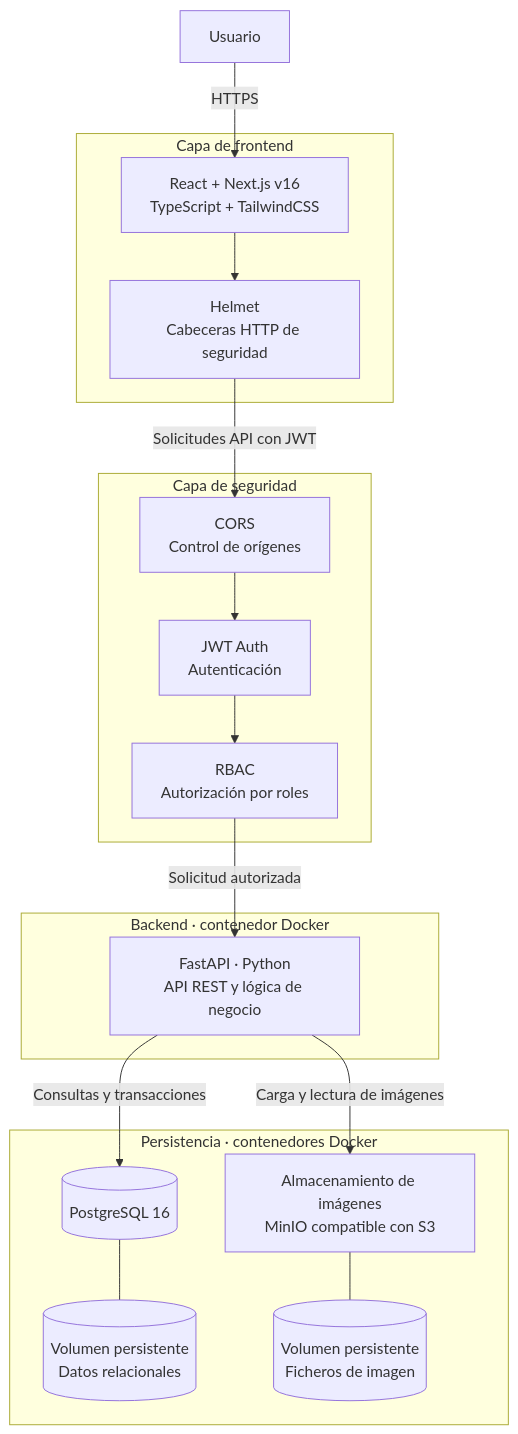
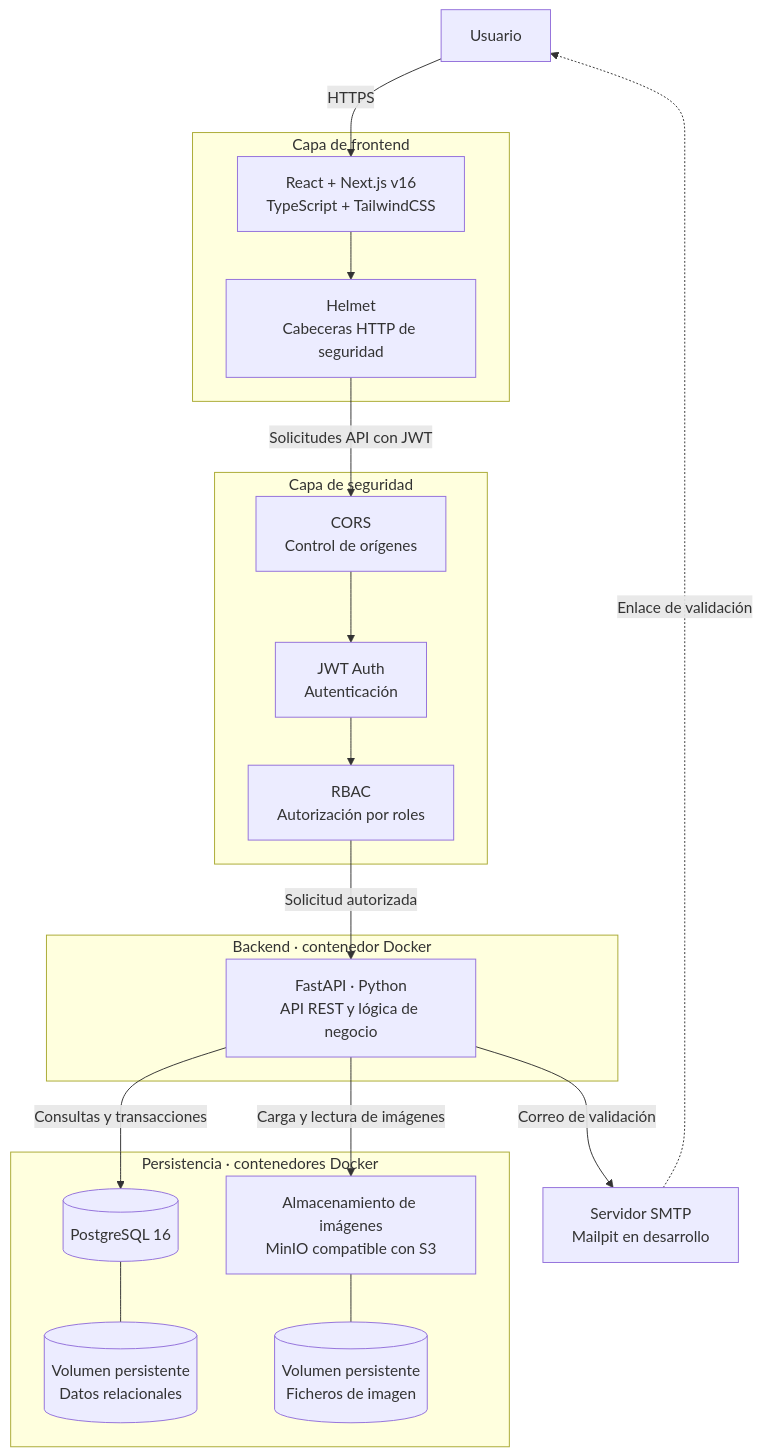
One commit to serfer2/entrevecinos changed the first of 3 diagrams in readme.md. Above: the diagram before and after it, drawn with Mermaid. The commit also changed other lines of this file and 8 other files, not shown here.

````diff
--- a/readme.md
+++ b/readme.md
@@ -209,37 +212,41 @@
 ```mermaid
 flowchart TB
     U["Usuario"]
 
     subgraph FE["Capa de frontend"]
         NEXT["React + Next.js v16<br/>TypeScript + TailwindCSS"]
         HELMET["Helmet<br/>Cabeceras HTTP de seguridad"]
         NEXT --> HELMET
     end
 
     subgraph SEC["Capa de seguridad"]
         CORS["CORS<br/>Control de orígenes"]
         JWT["JWT Auth<br/>Autenticación"]
         RBAC["RBAC<br/>Autorización por roles"]
         CORS --> JWT --> RBAC
     end
 
     subgraph BE["Backend · contenedor Docker"]
         API["FastAPI · Python<br/>API REST y lógica de negocio"]
     end
 
     subgraph DATA["Persistencia · contenedores Docker"]
         DB[("PostgreSQL 16")]
         DBVOL[("Volumen persistente<br/>Datos relacionales")]
         DB --- DBVOL
 
         IMG["Almacenamiento de imágenes<br/>MinIO compatible con S3"]
         IMGVOL[("Volumen persistente<br/>Ficheros de imagen")]
         IMG --- IMGVOL
     end
 
+    SMTP["Servidor SMTP<br/>Mailpit en desarrollo"]
+
     U -->|"HTTPS"| NEXT
     HELMET -->|"Solicitudes API con JWT"| CORS
     RBAC -->|"Solicitud autorizada"| API
     API -->|"Consultas y transacciones"| DB
     API -->|"Carga y lectura de imágenes"| IMG
+    API -->|"Correo de validación"| SMTP
+    SMTP -.->|"Enlace de validación"| U
 ```
````
